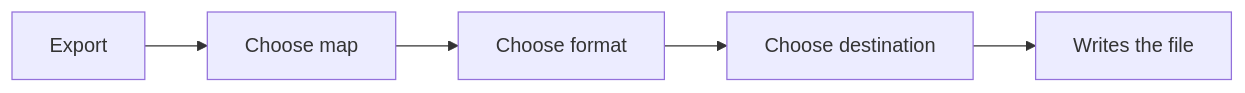
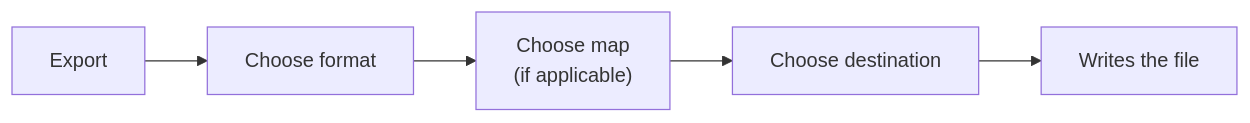
One commit to Alexkill536ITA/ForgeModpack changed the first of 3 diagrams in docs/en/usage/05-import-export-keybind.md. Above: the diagram before and after it, drawn with Mermaid. The commit also changed other lines of this file and 13 other files, not shown here.

````diff
--- a/docs/en/usage/05-import-export-keybind.md
+++ b/docs/en/usage/05-import-export-keybind.md
@@ -14,7 +14,7 @@
 ```mermaid
 graph LR
-    E["Export"] --> Map["Choose map"]
-    Map --> Fmt["Choose format"]
-    Fmt --> Dest["Choose destination"]
+    E["Export"] --> Fmt["Choose format"]
+    Fmt --> Map["Choose map<br/>(if applicable)"]
+    Map --> Dest["Choose destination"]
     Dest --> Write["Writes the file"]
 ```
````
